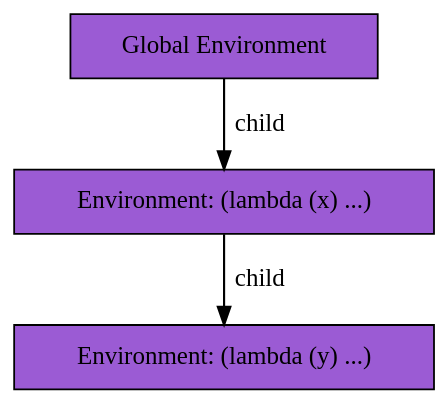
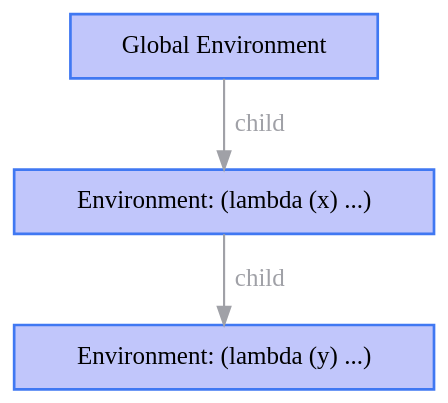
One commit to wmedrano/wmedrano.dev changed the second of 2 diagrams in content/post/2026/02/21/lisp-3.org. Above: the diagram before and after it, drawn with Graphviz. The commit also changed other lines of this file and 13 other files, not shown here.

```diff
--- a/content/post/2026/02/21/lisp-3.org
+++ b/content/post/2026/02/21/lisp-3.org
@@ -193,12 +193,12 @@
 #+BEGIN_SRC dot :file env2.svg :exports results
 digraph {
     graph [ bgcolor=transparent, fontname="sans-serif" ];
-    node [ shape=box, style=filled, fontcolor="#222", margin="0.2,0.1" ];
-    edge [ color="#444", penwidth=1.2, fontcolor="#444" ];
+    node [ shape=box, style=filled, fontcolor="#333", margin="0.2,0.1", penwidth=1.5 ];
+    edge [ color="#a0a1a7", penwidth=1.2, fontcolor="#a0a1a7" ];
     GlobalEnvironment -> Env1 [label=" child"];
     Env1 -> Env2 [label=" child"];
-    GlobalEnvironment [ fillcolor="#9b5bd4", label="Global Environment" ];
-    Env1 [ fillcolor="#9b5bd4", label="Environment: (lambda (x) ...)" ];
-    Env2 [ fillcolor="#9b5bd4", label="Environment: (lambda (y) ...)" ];
+    GlobalEnvironment [ fillcolor="#c1c6fb", color="#4078f2", label="Global Environment" ];
+    Env1 [ fillcolor="#c1c6fb", color="#4078f2", label="Environment: (lambda (x) ...)" ];
+    Env2 [ fillcolor="#c1c6fb", color="#4078f2", label="Environment: (lambda (y) ...)" ];
 }
 #+END_SRC
```
